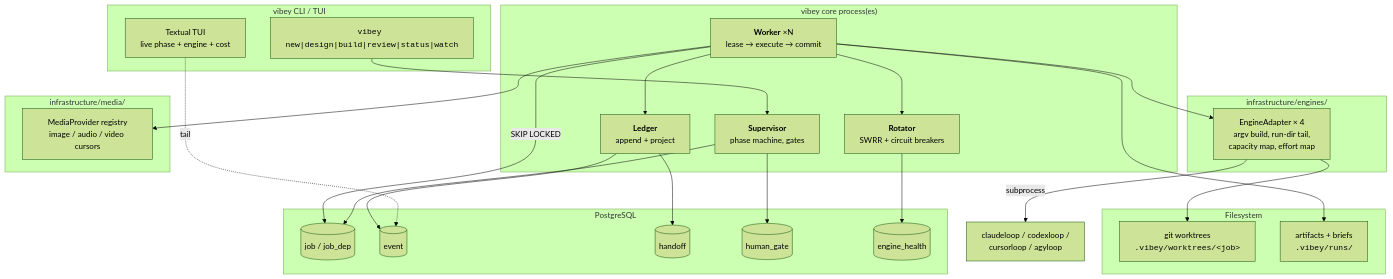
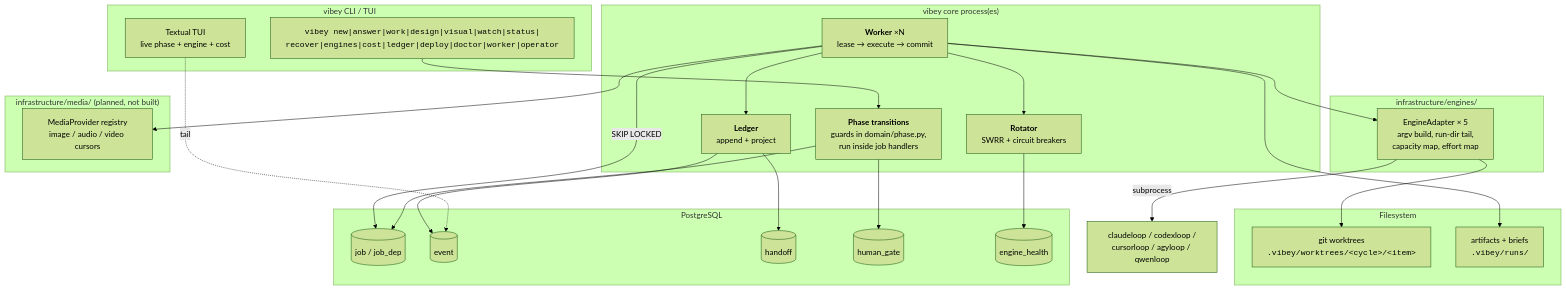
One commit to adammatthewsteinberger/vibey changed the second of 6 diagrams in docs/plans/architecture-and-roadmap.md. Above: the diagram before and after it, drawn with Mermaid (forest theme). The commit also changed other lines of this file and 8 other files, not shown here.

````diff
--- a/docs/plans/architecture-and-roadmap.md
+++ b/docs/plans/architecture-and-roadmap.md
@@ -129,51 +172,51 @@
 ```mermaid
 graph TB
     subgraph CLI["vibey CLI / TUI"]
-        Cmd["<code>vibey new|design|build|review|status|watch</code>"]
+        Cmd["<code>vibey new|answer|work|design|visual|watch|status|<br/>recover|engines|cost|ledger|deploy|doctor|worker|operator</code>"]
         Tui["Textual TUI<br/>live phase + engine + cost"]
     end
 
     subgraph Core["vibey core process(es)"]
-        Sup["<b>Supervisor</b><br/>phase machine, gates"]
+        Sup["<b>Phase transitions</b><br/>guards in domain/phase.py,<br/>run inside job handlers"]
         W1["<b>Worker</b> ×N<br/>lease → execute → commit"]
         Rot["<b>Rotator</b><br/>SWRR + circuit breakers"]
         Led["<b>Ledger</b><br/>append + project"]
     end
 
     subgraph Adapters["infrastructure/engines/"]
-        Ad["EngineAdapter × 4<br/>argv build, run-dir tail,<br/>capacity map, effort map"]
+        Ad["EngineAdapter × 5<br/>argv build, run-dir tail,<br/>capacity map, effort map"]
     end
 
-    subgraph MediaAdapters["infrastructure/media/"]
+    subgraph MediaAdapters["infrastructure/media/ (planned, not built)"]
         Md["MediaProvider registry<br/>image / audio / video cursors"]
     end
 
     subgraph Store["PostgreSQL"]
         Q[("job / job_dep")]
         E[("event")]
         H[("handoff")]
         G[("human_gate")]
         HE[("engine_health")]
     end
 
     subgraph Work["Filesystem"]
-        WT["git worktrees<br/><code>.vibey/worktrees/&lt;job&gt;</code>"]
+        WT["git worktrees<br/><code>.vibey/worktrees/&lt;cycle&gt;/&lt;item&gt;</code>"]
         Art["artifacts + briefs<br/><code>.vibey/runs/</code>"]
     end
 
     Cmd --> Sup
     Tui -.->|"tail"| E
     Sup --> Q
     W1 -->|"SKIP LOCKED"| Q
     W1 --> Rot
     Rot --> HE
     W1 --> Ad
     W1 --> Md
-    Ad -->|"subprocess"| Ext["claudeloop / codexloop /<br/>cursorloop / agyloop"]
+    Ad -->|"subprocess"| Ext["claudeloop / codexloop /<br/>cursorloop / agyloop / qwenloop"]
     Ad --> WT
     W1 --> Led
     Led --> E
     Led --> H
     Sup --> G
     W1 --> Art
 ```
````
